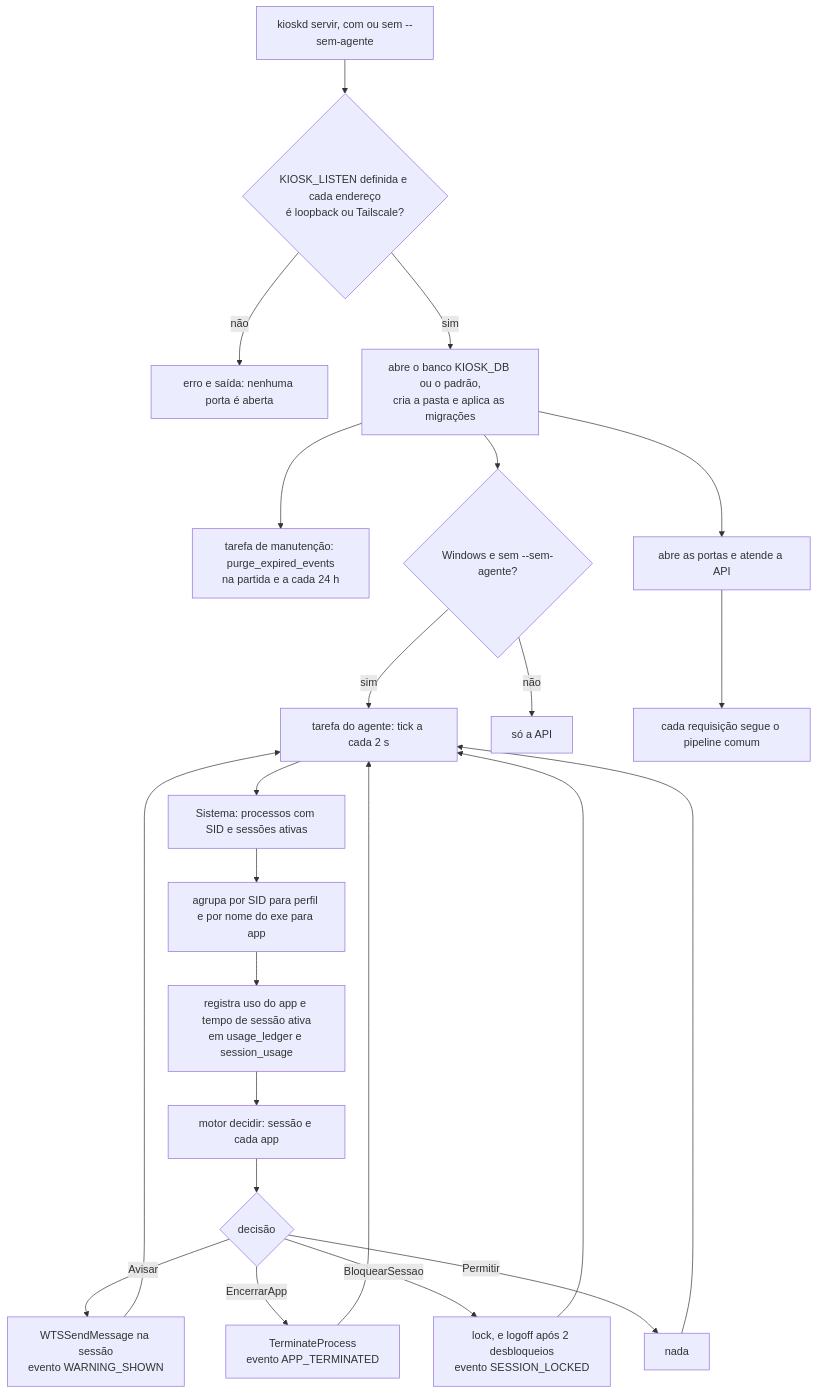
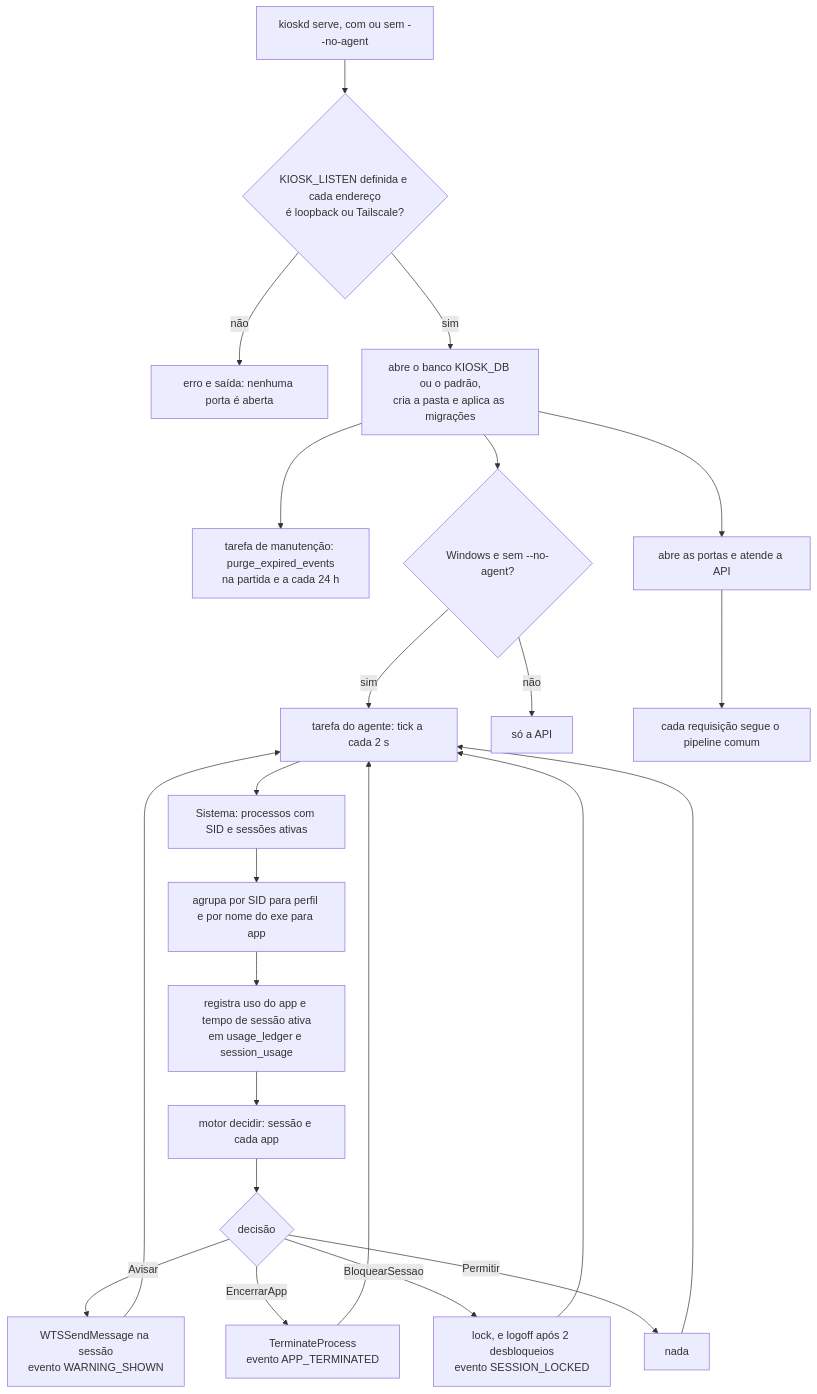
Before and after one commit to jefersonlop3s/kiosk-engine: the third of 28 diagrams in docs/architecture/fluxos-dos-comandos.md, drawn with Mermaid. The commit also changed other lines of this file and 19 other files, not shown here.

````diff
--- a/docs/architecture/fluxos-dos-comandos.md
+++ b/docs/architecture/fluxos-dos-comandos.md
@@ -62,25 +62,25 @@
 ```mermaid
 flowchart TD
-    A["kioskd servir, com ou sem --sem-agente"] --> B{"KIOSK_LISTEN definida e cada endereço<br/>é loopback ou Tailscale?"}
+    A["kioskd serve, com ou sem --no-agent"] --> B{"KIOSK_LISTEN definida e cada endereço<br/>é loopback ou Tailscale?"}
     B -->|não| E1["erro e saída: nenhuma porta é aberta"]
     B -->|sim| C["abre o banco KIOSK_DB ou o padrão,<br/>cria a pasta e aplica as migrações"]
     C --> D["tarefa de manutenção: purge_expired_events<br/>na partida e a cada 24 h"]
-    C --> F{"Windows e sem --sem-agente?"}
+    C --> F{"Windows e sem --no-agent?"}
     F -->|sim| G["tarefa do agente: tick a cada 2 s"]
     F -->|não| H["só a API"]
     C --> I["abre as portas e atende a API"]
     G --> T1["Sistema: processos com SID e sessões ativas"]
     T1 --> T2["agrupa por SID para perfil e por nome do exe para app"]
     T2 --> T3["registra uso do app e tempo de sessão ativa<br/>em usage_ledger e session_usage"]
     T3 --> T4["motor decidir: sessão e cada app"]
     T4 --> T5{"decisão"}
     T5 -->|Avisar| T6["WTSSendMessage na sessão<br/>evento WARNING_SHOWN"]
     T5 -->|EncerrarApp| T7["TerminateProcess<br/>evento APP_TERMINATED"]
     T5 -->|BloquearSessao| T8["lock, e logoff após 2 desbloqueios<br/>evento SESSION_LOCKED"]
     T5 -->|Permitir| T9["nada"]
     T6 --> G
     T7 --> G
     T8 --> G
     T9 --> G
     I --> P["cada requisição segue o pipeline comum"]
 ```
````
